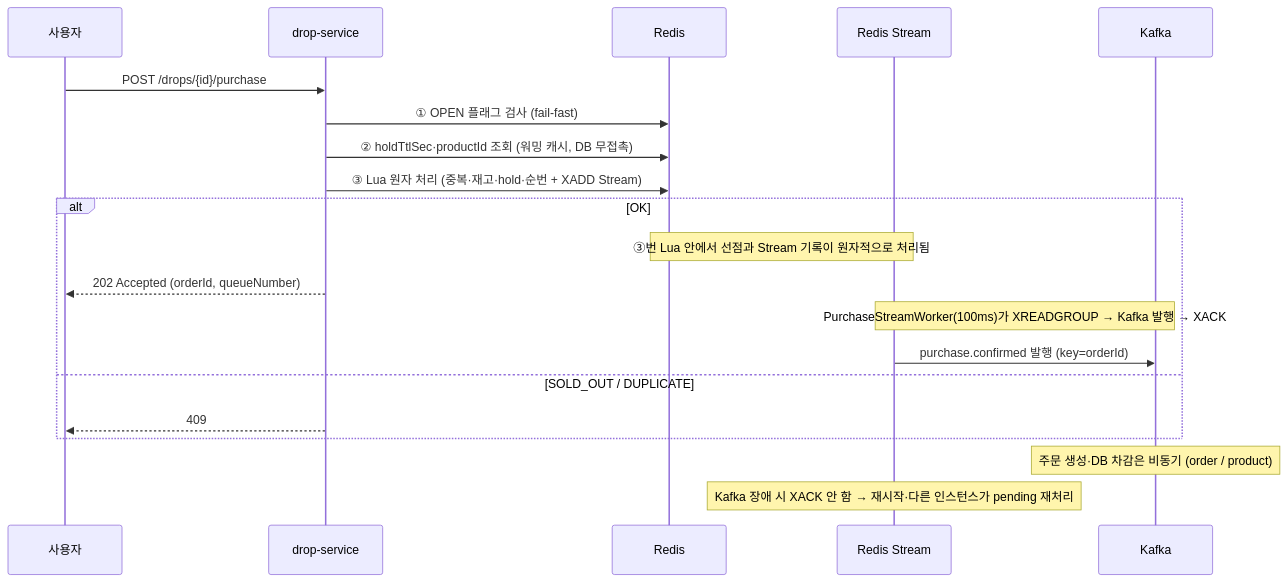
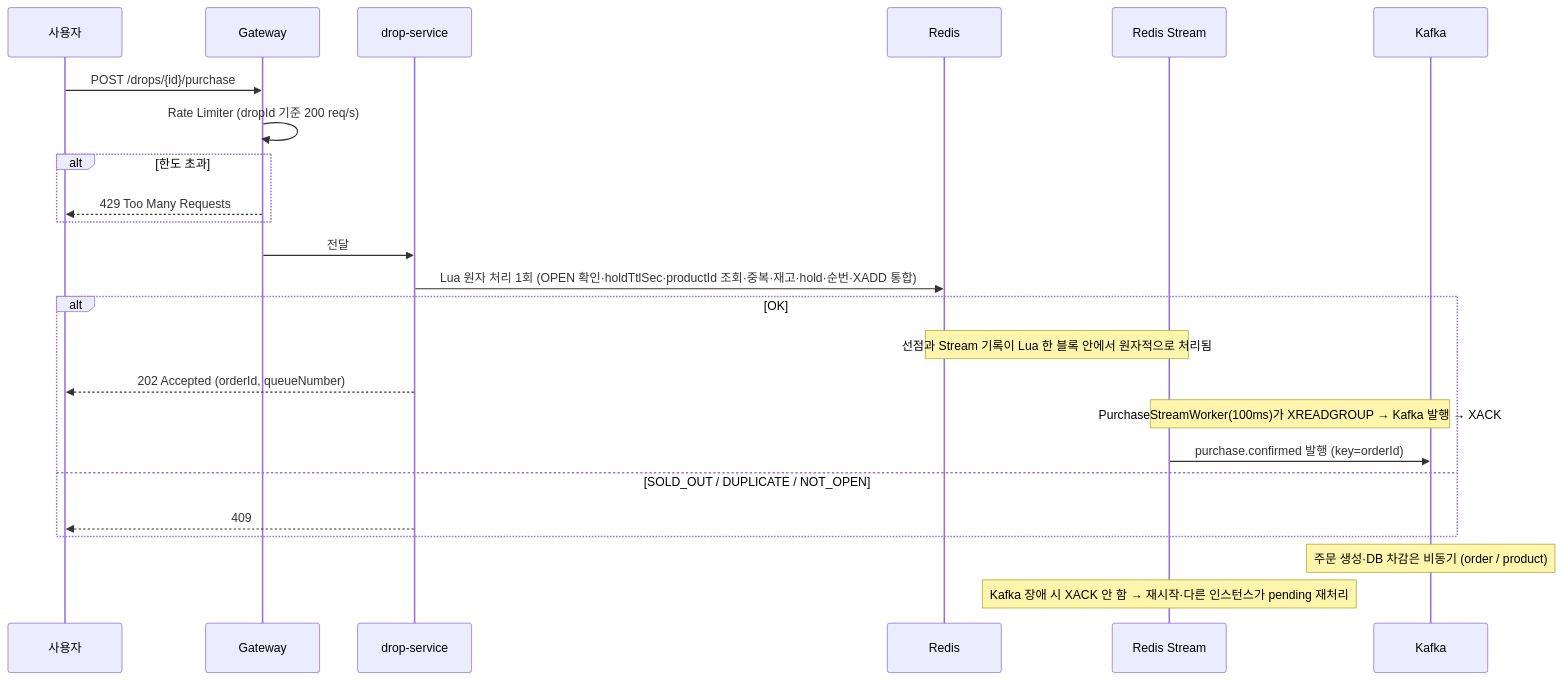
One commit to OMC-2/OMC changed the second of 2 diagrams in services/drop-service/README.md. Above: the diagram before and after it, drawn with Mermaid. The commit also changed other lines of this file and 2 other files, not shown here.

Commit message:
feat: 서비스 플로우 및 기술 스택 문서 최신화

````diff
--- a/services/drop-service/README.md
+++ b/services/drop-service/README.md
@@ -53,23 +53,27 @@
 ```mermaid
 sequenceDiagram
     participant U as 사용자
+    participant G as Gateway
     participant D as drop-service
     participant R as Redis
     participant S as Redis Stream
     participant K as Kafka
 
-    U->>D: POST /drops/{id}/purchase
-    D->>R: ① OPEN 플래그 검사 (fail-fast)
-    D->>R: ② holdTtlSec·productId 조회 (워밍 캐시, DB 무접촉)
-    D->>R: ③ Lua 원자 처리 (중복·재고·hold·순번 + XADD Stream)
+    U->>G: POST /drops/{id}/purchase
+    G->>G: Rate Limiter (dropId 기준 200 req/s)
+    alt 한도 초과
+        G-->>U: 429 Too Many Requests
+    end
+    G->>D: 전달
+    D->>R: Lua 원자 처리 1회 (OPEN 확인·holdTtlSec·productId 조회·중복·재고·hold·순번·XADD 통합)
     alt OK
-        Note over R,S: ③번 Lua 안에서 선점과 Stream 기록이 원자적으로 처리됨
+        Note over R,S: 선점과 Stream 기록이 Lua 한 블록 안에서 원자적으로 처리됨
         D-->>U: 202 Accepted (orderId, queueNumber)
         Note over S,K: PurchaseStreamWorker(100ms)가 XREADGROUP → Kafka 발행 → XACK
         S->>K: purchase.confirmed 발행 (key=orderId)
-    else SOLD_OUT / DUPLICATE
+    else SOLD_OUT / DUPLICATE / NOT_OPEN
         D-->>U: 409
     end
     Note over K: 주문 생성·DB 차감은 비동기 (order / product)
     Note over S: Kafka 장애 시 XACK 안 함 → 재시작·다른 인스턴스가 pending 재처리
 ```
````
